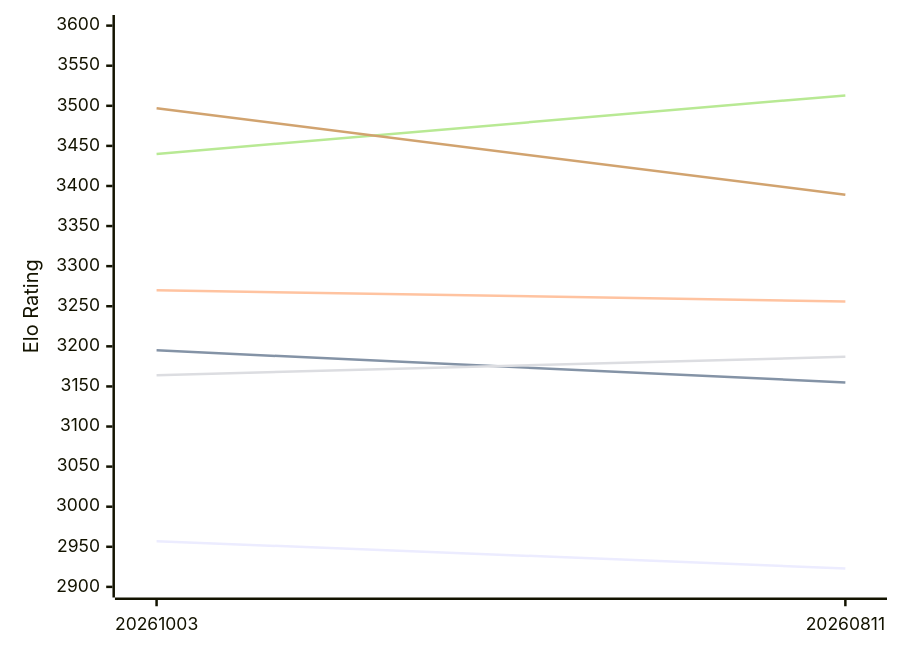
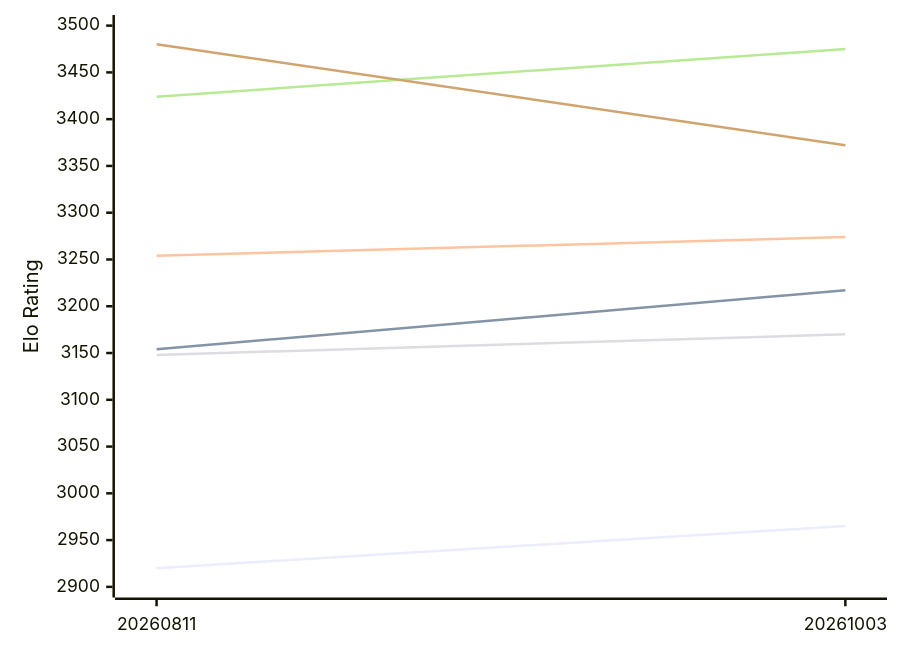
Before and after one commit to computer-chess-index/cci: the first of 2 diagrams in engines/Askaig.md, drawn with Mermaid. The commit also changed other lines of this file, not shown here.

Commit message:
Update CCI Ratings (ELO VLTC) - 2026-10-11

````diff
--- a/engines/Askaig.md
+++ b/engines/Askaig.md
@@ -52,12 +52,12 @@
 ```mermaid
 %%{init: {"theme":"base","themeVariables":{"seriesColors:['#a3a3a3','#222221','#faa371']}}}%%
 xychart-beta
-  x-axis ["20261003", "20260811"]
-  y-axis "Elo Rating" 2900 --> 3600
-  line "E1: STC (8.0+0.08s)" [2957, 2923]
-  line "E1: LTC (60.0+0.60s)" [3195, 3155]
-  line "E1: VLTC (2m24s+1.12s)" [3270, 3256]
-  line "P1: STC (8.0+0.08s)" [3164, 3187]
-  line "P1: LTC (60.0+0.60s)" [3440, 3513]
-  line "P1: VLTC (2m24s+1.12s)" [3497, 3389]
+  x-axis ["20260811", "20261003"]
+  y-axis "Elo Rating" 2900 --> 3500
+  line "E1: STC (8.0+0.08s)" [2920, 2965]
+  line "E1: LTC (60.0+0.60s)" [3154, 3217]
+  line "E1: VLTC (2m24s+1.12s)" [3254, 3274]
+  line "P1: STC (8.0+0.08s)" [3148, 3170]
+  line "P1: LTC (60.0+0.60s)" [3424, 3475]
+  line "P1: VLTC (2m24s+1.12s)" [3480, 3372]
 ```
````
